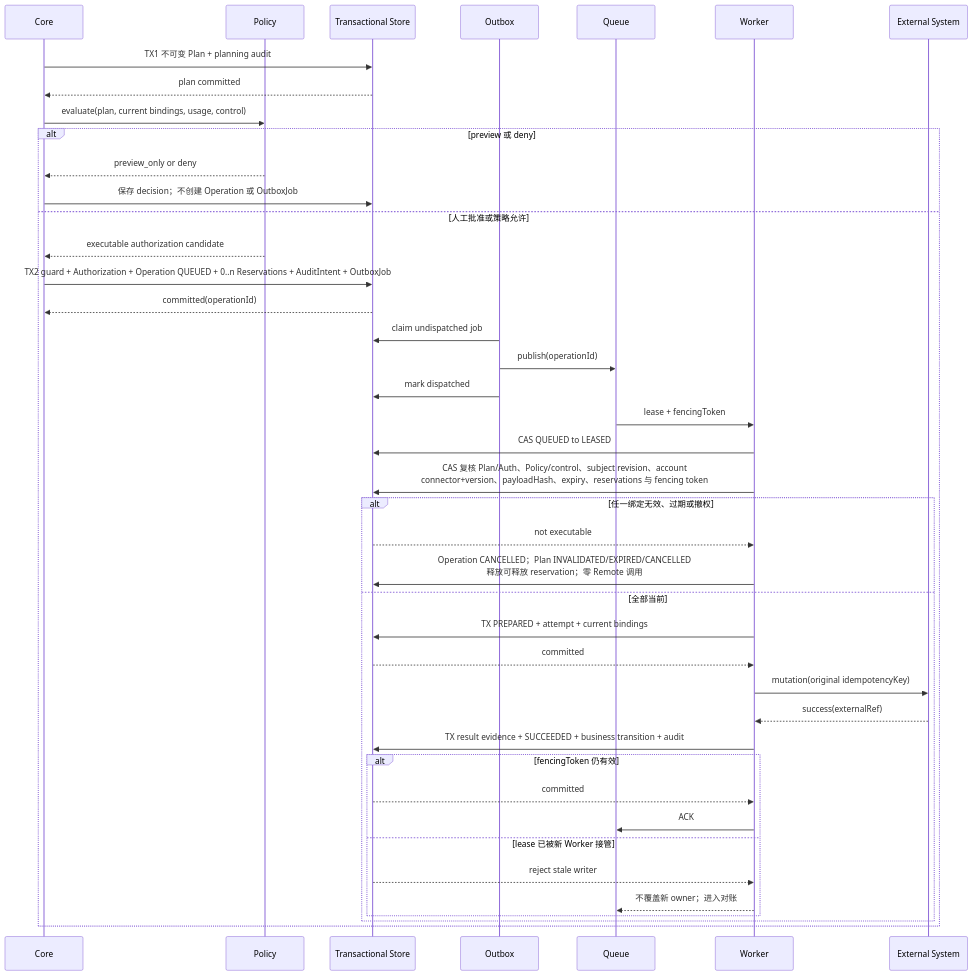
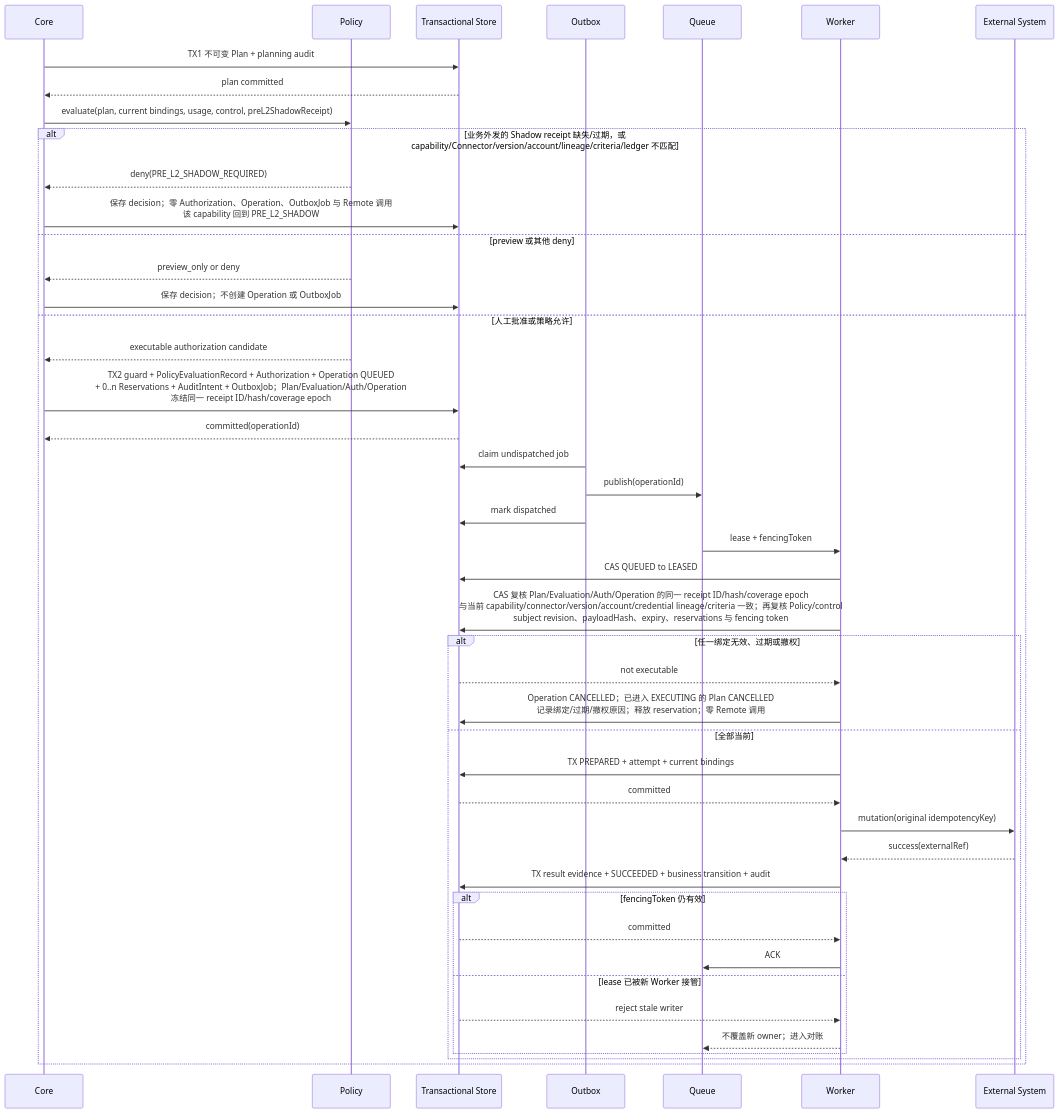
Before and after one commit to AnnCYW-cm/rolefox: the fifth of 24 diagrams in docs/product/uml/05-sequence-flows.md, drawn with Mermaid. The commit also changed other lines of this file and 103 other files, not shown here.

````diff
--- a/docs/product/uml/05-sequence-flows.md
+++ b/docs/product/uml/05-sequence-flows.md
@@ -273,47 +393,51 @@
 ```mermaid
 sequenceDiagram
     participant Core
     participant Policy
     participant DB as Transactional Store
     participant Outbox
     participant Queue
     participant Worker
     participant Remote as External System
 
     %% @anchor PLAN_CREATED
     Core->>DB: TX1 不可变 Plan + planning audit
     DB-->>Core: plan committed
-    Core->>Policy: evaluate(plan, current bindings, usage, control)
-    alt preview 或 deny
+    %% @anchor PRE_L2_SHADOW_AUTHORIZATION_GATE
+    Core->>Policy: evaluate(plan, current bindings, usage, control, preL2ShadowReceipt)
+    alt 业务外发的 Shadow receipt 缺失/过期，或 capability/Connector/version/account/lineage/criteria/ledger 不匹配
+        Policy-->>Core: deny(PRE_L2_SHADOW_REQUIRED)
+        Core->>DB: 保存 decision；零 Authorization、Operation、OutboxJob 与 Remote 调用<br/>该 capability 回到 PRE_L2_SHADOW
+    else preview 或其他 deny
         Policy-->>Core: preview_only or deny
         Core->>DB: 保存 decision；不创建 Operation 或 OutboxJob
     else 人工批准或策略允许
         Policy-->>Core: executable authorization candidate
         %% @anchor AUTH_OPERATION_OUTBOX_COMMITTED
-        Core->>DB: TX2 guard + Authorization + Operation QUEUED + 0..n Reservations + AuditIntent + OutboxJob
+        Core->>DB: TX2 guard + PolicyEvaluationRecord + Authorization + Operation QUEUED<br/>+ 0..n Reservations + AuditIntent + OutboxJob；Plan/Evaluation/Auth/Operation<br/>冻结同一 receipt ID/hash/coverage epoch
         DB-->>Core: committed(operationId)
         Outbox->>DB: claim undispatched job
         Outbox->>Queue: publish(operationId)
         Outbox->>DB: mark dispatched
         Queue->>Worker: lease + fencingToken
         Worker->>DB: CAS QUEUED to LEASED
-        Worker->>DB: CAS 复核 Plan/Auth、Policy/control、subject revision、account<br/>connector+version、payloadHash、expiry、reservations 与 fencing token
+        Worker->>DB: CAS 复核 Plan/Evaluation/Auth/Operation 的同一 receipt ID/hash/coverage epoch<br/>与当前 capability/connector/version/account/credential lineage/criteria 一致；再复核 Policy/control<br/>subject revision、payloadHash、expiry、reservations 与 fencing token
         alt 任一绑定无效、过期或撤权
             DB-->>Worker: not executable
-            Worker->>DB: Operation CANCELLED；Plan INVALIDATED/EXPIRED/CANCELLED<br/>释放可释放 reservation；零 Remote 调用
+            Worker->>DB: Operation CANCELLED；已进入 EXECUTING 的 Plan CANCELLED<br/>记录绑定/过期/撤权原因；释放 reservation；零 Remote 调用
         else 全部当前
             Worker->>DB: TX PREPARED + attempt + current bindings
             DB-->>Worker: committed
             Worker->>Remote: mutation(original idempotencyKey)
             Remote-->>Worker: success(externalRef)
             Worker->>DB: TX result evidence + SUCCEEDED + business transition + audit
             alt fencingToken 仍有效
                 DB-->>Worker: committed
                 Worker->>Queue: ACK
             else lease 已被新 Worker 接管
                 DB-->>Worker: reject stale writer
                 Worker-->>Queue: 不覆盖新 owner；进入对账
             end
         end
     end
 ```
````
